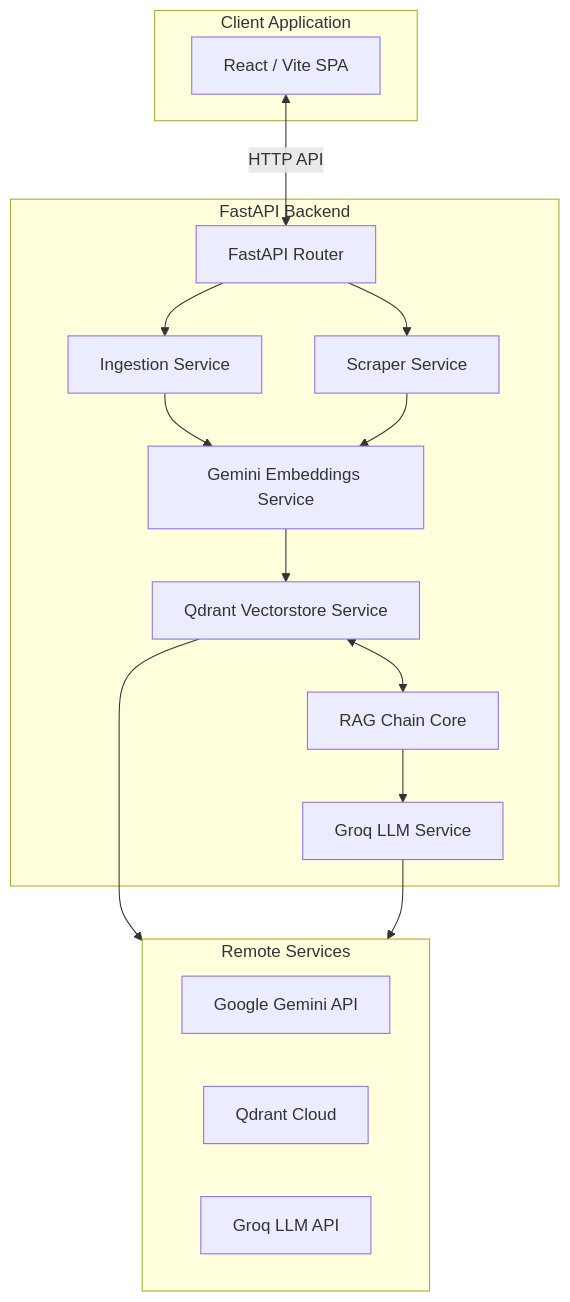
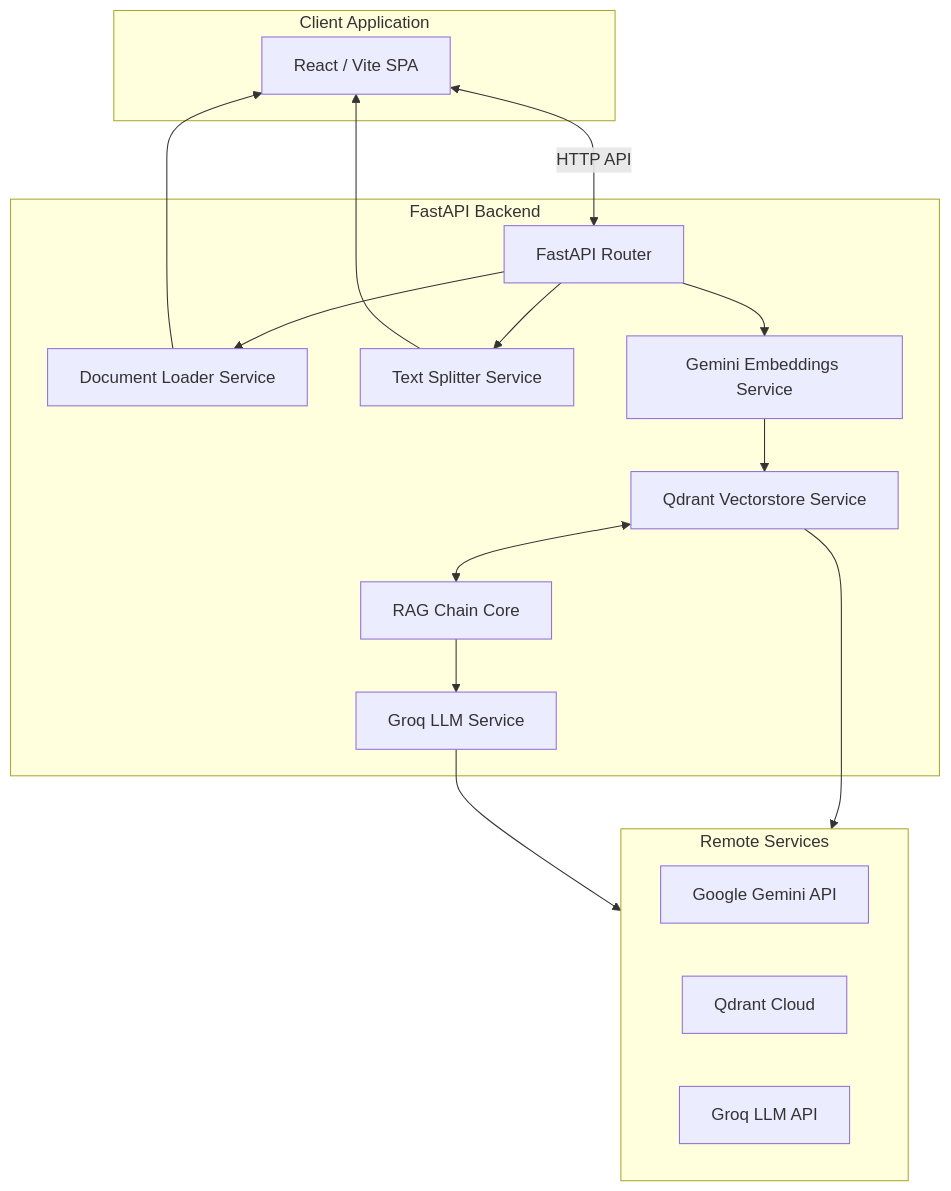
The diagram in docs/architecture.md (theravirai/source-stream), drawn with Mermaid before and after one commit. The commit also changed other lines of this file and 1 other file, not shown here.

Commit message:
docs: update README and architecture docs with updated details

````diff
--- a/docs/architecture.md
+++ b/docs/architecture.md
@@ -7,33 +7,34 @@
 ```mermaid
 graph TD
     subgraph Client [Client Application]
         UI[React / Vite SPA]
     end
 
     subgraph Server [FastAPI Backend]
         API[FastAPI Router]
-        ING[Ingestion Service]
-        SCR[Scraper Service]
+        DL[Document Loader Service]
+        TS[Text Splitter Service]
         EMB[Gemini Embeddings Service]
         VEC[Qdrant Vectorstore Service]
         LLM[Groq LLM Service]
         RAG[RAG Chain Core]
     end
 
     subgraph Remote [Remote Services]
         Gemini[Google Gemini API]
         Qdrant[Qdrant Cloud]
         Groq[Groq LLM API]
     end
 
     UI <-->|HTTP API| API
-    API --> ING
-    API --> SCR
-    ING --> EMB
-    SCR --> EMB
+    API --> DL
+    API --> TS
+    API --> EMB
+    DL --> UI
+    TS --> UI
     EMB --> VEC
     VEC --> Remote
     VEC <--> RAG
     RAG --> LLM
     LLM --> Remote
 ```
````
